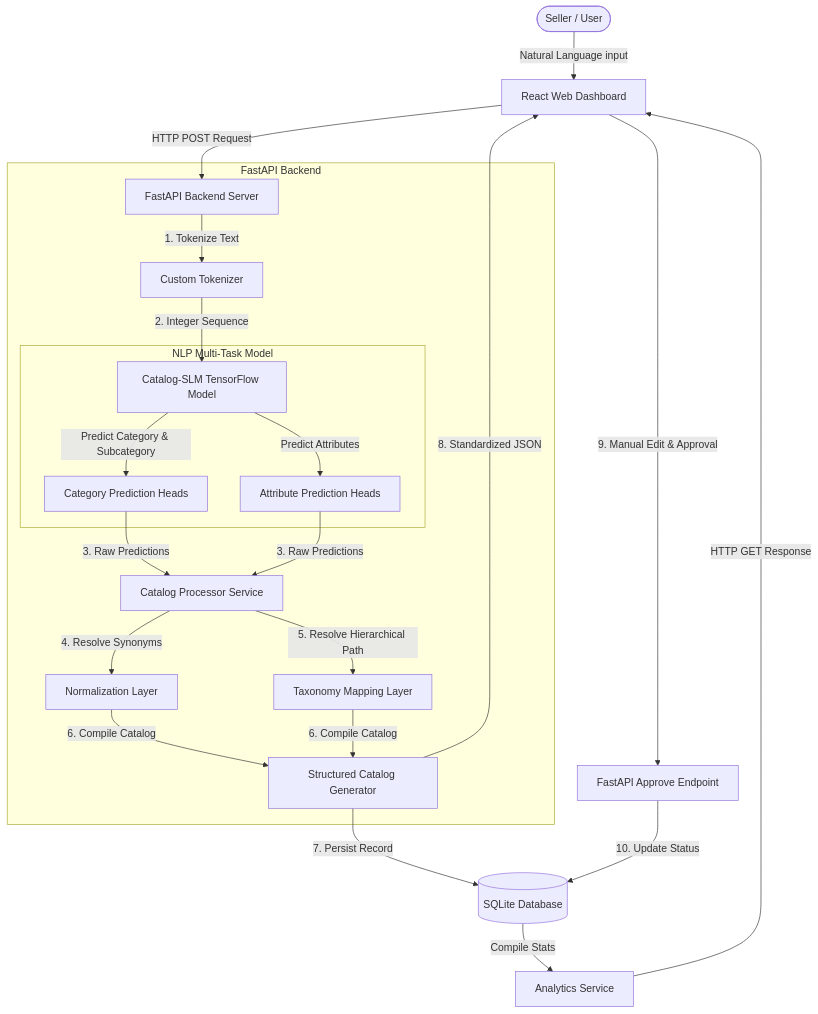
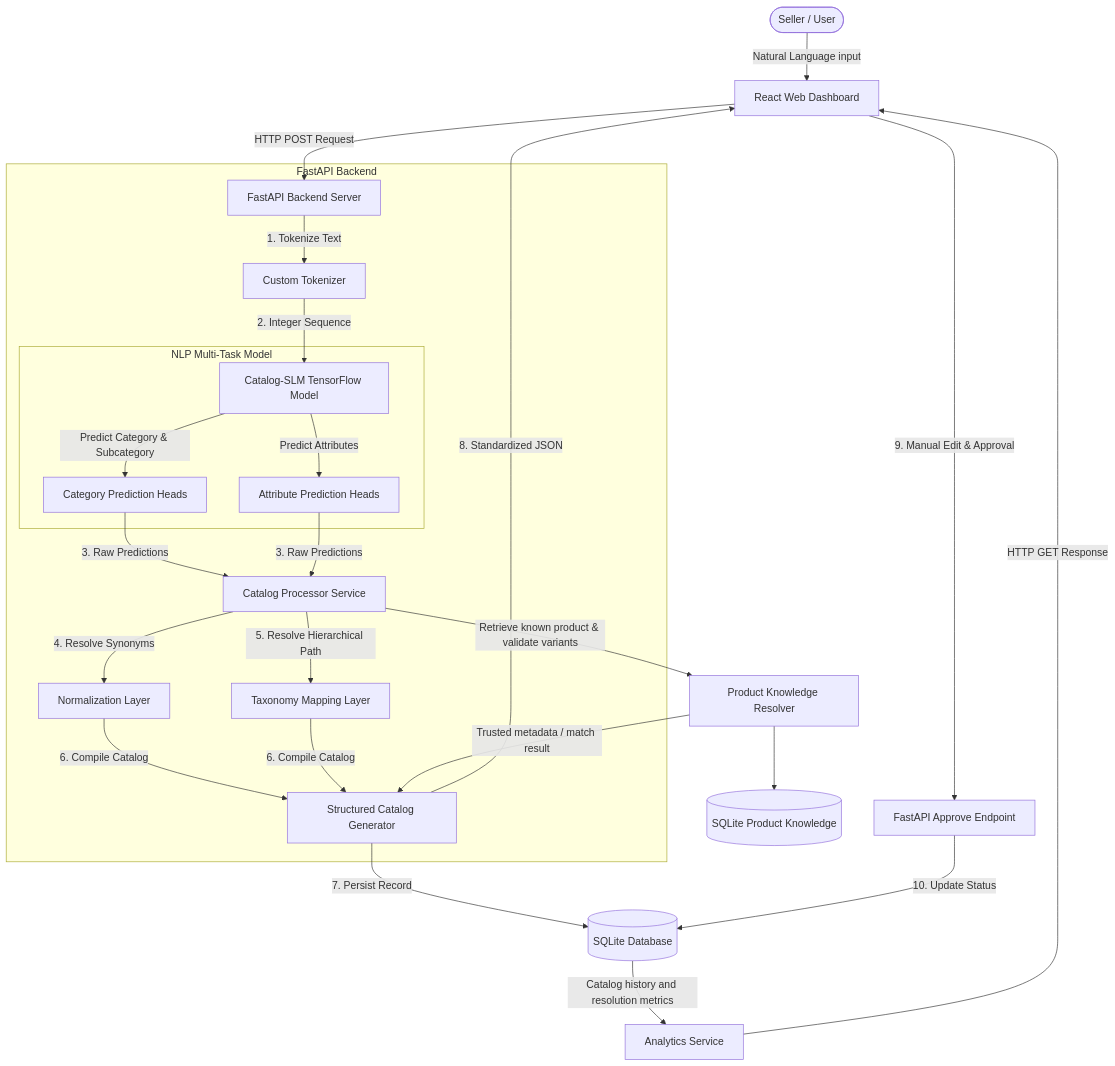
The diagram in docs/architecture.md (NamanM11/MPR), drawn with Mermaid before and after one commit. The commit also changed other lines of this file and 15 other files, not shown here.

````diff
--- a/docs/architecture.md
+++ b/docs/architecture.md
@@ -7,30 +7,33 @@
 ```mermaid
 graph TD
     Seller([Seller / User]) -->|Natural Language input| ReactApp[React Web Dashboard]
     ReactApp -->|HTTP POST Request| FastAPI[FastAPI Backend Server]
     
     subgraph FastAPI Backend
         FastAPI -->|1. Tokenize Text| TokenizerService[Custom Tokenizer]
         TokenizerService -->|2. Integer Sequence| ModelInference[Catalog-SLM TensorFlow Model]
         
         subgraph NLP Multi-Task Model
             ModelInference -->|Predict Category & Subcategory| CatHeads[Category Prediction Heads]
             ModelInference -->|Predict Attributes| AttrHeads[Attribute Prediction Heads]
         end
         
         CatHeads & AttrHeads -->|3. Raw Predictions| Processor[Catalog Processor Service]
         Processor -->|4. Resolve Synonyms| Normalization[Normalization Layer]
         Processor -->|5. Resolve Hierarchical Path| Taxonomy[Taxonomy Mapping Layer]
         
         Normalization & Taxonomy -->|6. Compile Catalog| OutputGen[Structured Catalog Generator]
     end
     
     OutputGen -->|7. Persist Record| SQLite[(SQLite Database)]
     OutputGen -->|8. Standardized JSON| ReactApp
+    Processor -->|Retrieve known product & validate variants| ProductResolver[Product Knowledge Resolver]
+    ProductResolver -->|Trusted metadata / match result| OutputGen
+    ProductResolver --> ProductStore[(SQLite Product Knowledge)]
     
     ReactApp -->|9. Manual Edit & Approval| ApproveEndpoint[FastAPI Approve Endpoint]
     ApproveEndpoint -->|10. Update Status| SQLite
     
-    SQLite -->|Compile Stats| Analytics[Analytics Service]
+    SQLite -->|Catalog history and resolution metrics| Analytics[Analytics Service]
     Analytics -->|HTTP GET Response| ReactApp
 ```
````
